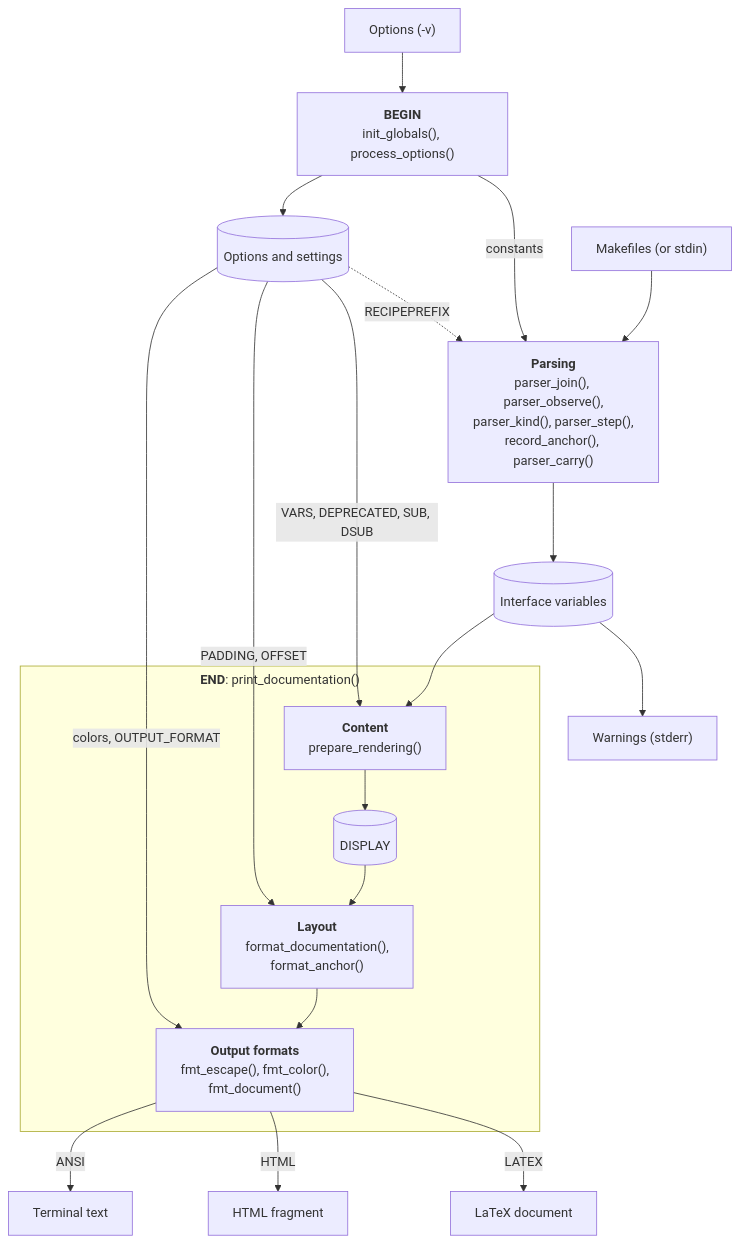
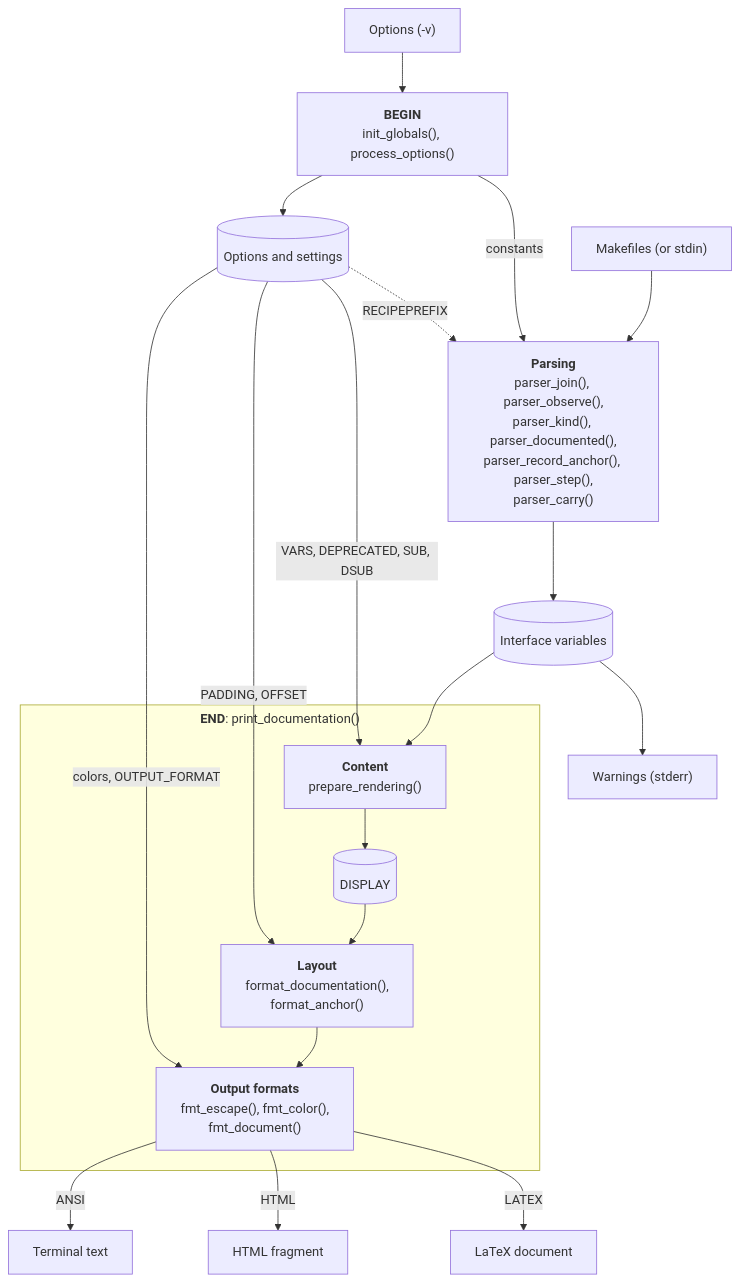
One commit to drdv/makefile-doc changed the diagram in test/README.md. Above: the diagram before and after it, drawn with Mermaid. The commit also changed 3 other files, not shown here.

````diff
--- a/test/README.md
+++ b/test/README.md
@@ -298,34 +298,34 @@
 ```mermaid
 ---
 config:
   layout: dagre
   flowchart:
     curve: basis
     subGraphTitleMargin:
       top: 5
       bottom: 20
 ---
 flowchart TD
     options["Options (-v)"] --> begin["<b>BEGIN</b><br/>init_globals(), process_options()"]
-    makefiles["Makefiles (or stdin)"] --> parsing["<b>Parsing</b><br/>parser_join(), parser_observe(),<br/>parser_kind(), parser_step(),<br/>record_anchor(), parser_carry()"]
+    makefiles["Makefiles (or stdin)"] --> parsing["<b>Parsing</b><br/>parser_join(), parser_observe(),<br/>parser_kind(), parser_documented(),<br/>parser_record_anchor(), parser_step(),<br/>parser_carry()"]
     begin -- "constants" --> parsing
     begin --> settings[("Options and settings")]
 
     settings -. "RECIPEPREFIX" .-> parsing
     parsing --> interface[("Interface variables")]
 
     subgraph end_ ["<b>END</b>: print_documentation()"]
         content["<b>Content</b><br/>prepare_rendering()"] --> display[("DISPLAY")]
         display --> layout["<b>Layout</b><br/>format_documentation(),<br/>format_anchor()"]
         layout --> formats["<b>Output formats</b><br/>fmt_escape(), fmt_color(),<br/>fmt_document()"]
     end
 
     interface --> content
     settings -- "VARS, DEPRECATED, SUB, DSUB" --> content
     settings -- "PADDING, OFFSET" --> layout
     settings -- "colors, OUTPUT_FORMAT" --> formats
     formats -- "ANSI" --> ansi["Terminal text"]
     formats -- "HTML" --> html["HTML fragment"]
     formats -- "LATEX" --> latex["LaTeX document"]
     interface --> stderr["Warnings (stderr)"]
 ```
````
